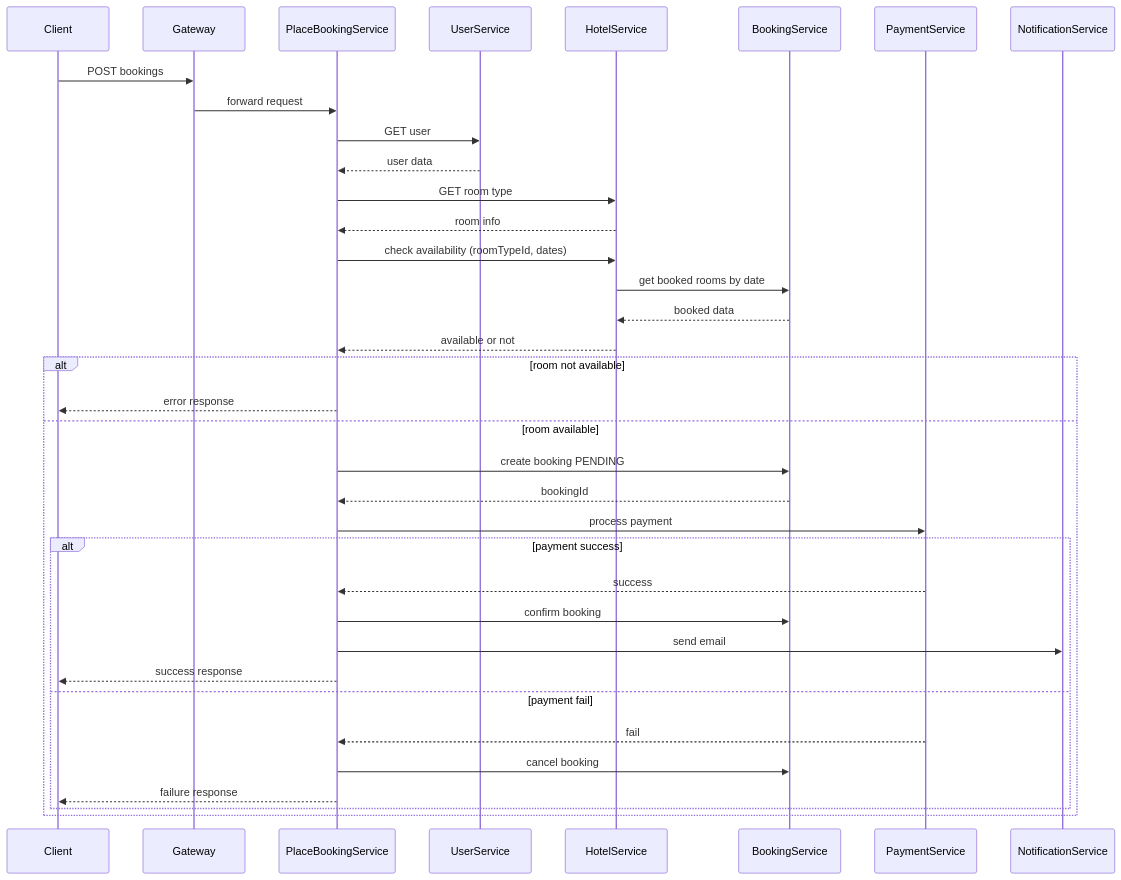
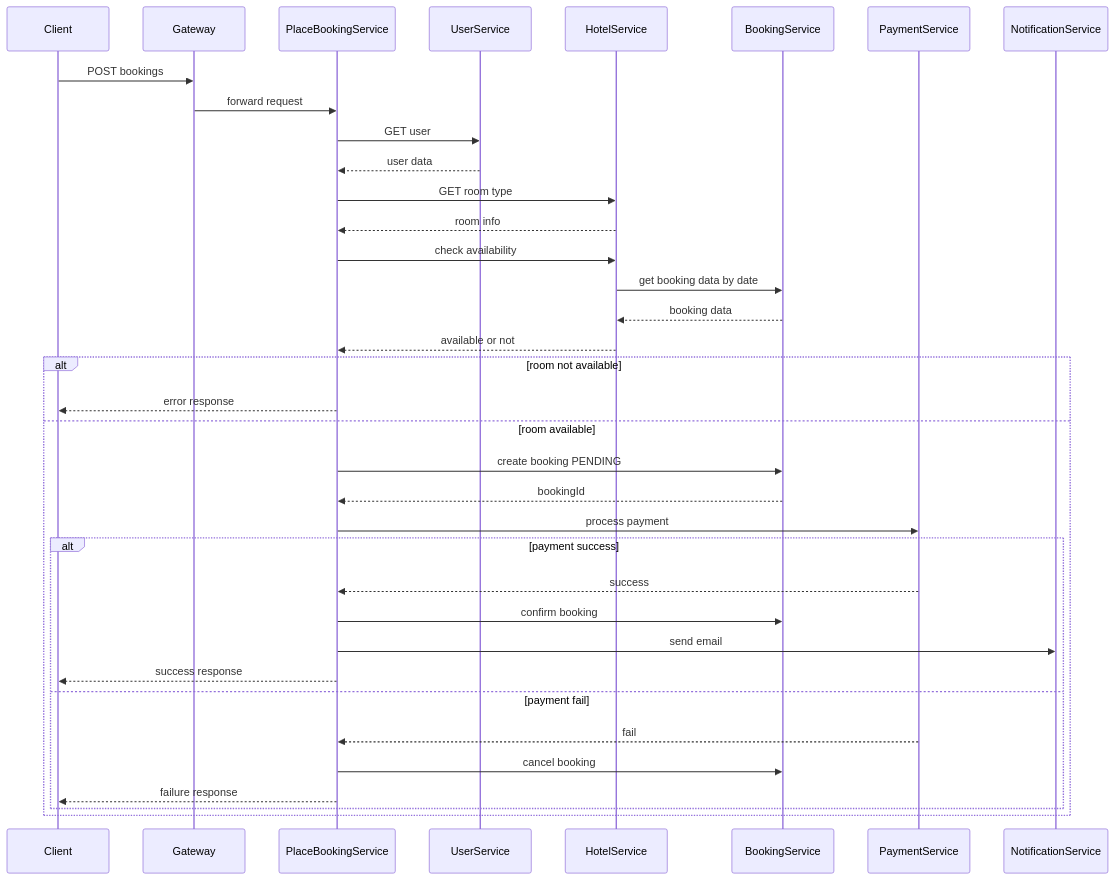
Before and after one commit to dqminh2411/hotel-booking-microservices: the second of 5 diagrams in docs/analysis-and-design.md, drawn with Mermaid. The commit also changed other lines of this file and 6 other files, not shown here.

````diff
--- a/docs/analysis-and-design.md
+++ b/docs/analysis-and-design.md
@@ -208,47 +210,45 @@
 ```mermaid
 sequenceDiagram
   participant Client
   participant Gateway
   participant PlaceBookingService
   participant UserService
   participant HotelService
   participant BookingService
   participant PaymentService
   participant NotificationService
 
   Client->>Gateway: POST bookings
   Gateway->>PlaceBookingService: forward request
 
   PlaceBookingService->>UserService: GET user
   UserService-->>PlaceBookingService: user data
 
   PlaceBookingService->>HotelService: GET room type
   HotelService-->>PlaceBookingService: room info
 
-
-
-  PlaceBookingService->>HotelService: check availability (roomTypeId, dates)
-  HotelService->>BookingService: get booked rooms by date
-  BookingService-->>HotelService: booked data
+  PlaceBookingService->>HotelService: check availability
+  HotelService->>BookingService: get booking data by date
+  BookingService-->>HotelService: booking data
   HotelService-->>PlaceBookingService: available or not
 
   alt room not available
     PlaceBookingService-->>Client: error response
   else room available
     PlaceBookingService->>BookingService: create booking PENDING
     BookingService-->>PlaceBookingService: bookingId
 
     PlaceBookingService->>PaymentService: process payment
 
     alt payment success
       PaymentService-->>PlaceBookingService: success
       PlaceBookingService->>BookingService: confirm booking
       PlaceBookingService->>NotificationService: send email
       PlaceBookingService-->>Client: success response
     else payment fail
       PaymentService-->>PlaceBookingService: fail
       PlaceBookingService->>BookingService: cancel booking
       PlaceBookingService-->>Client: failure response
     end
   end
 ```
````
